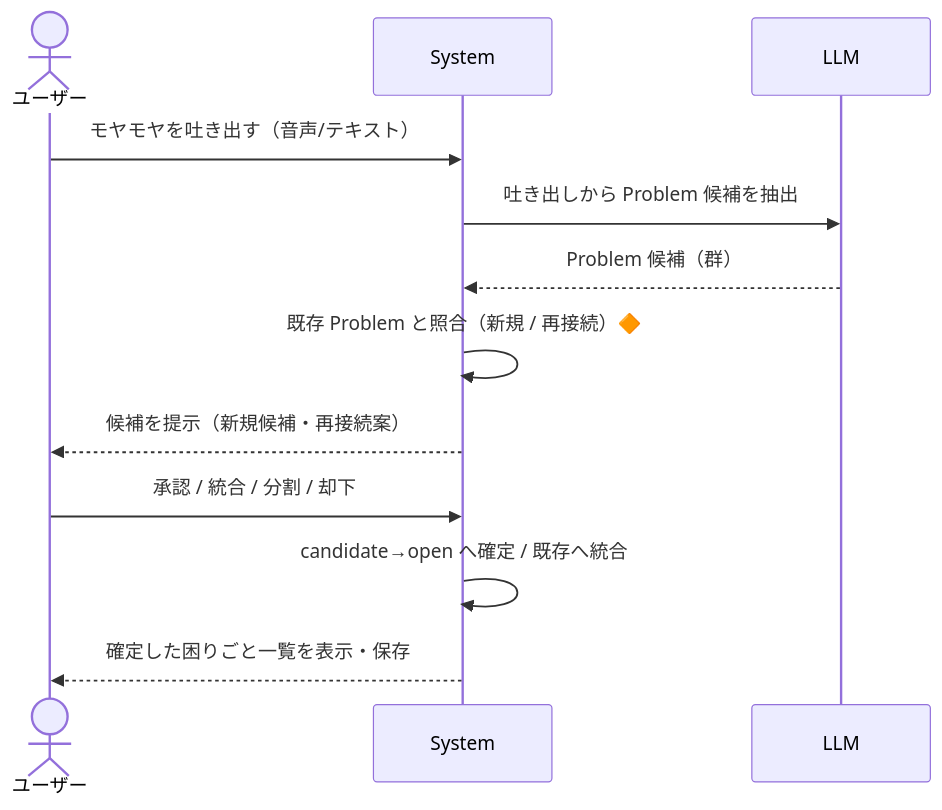
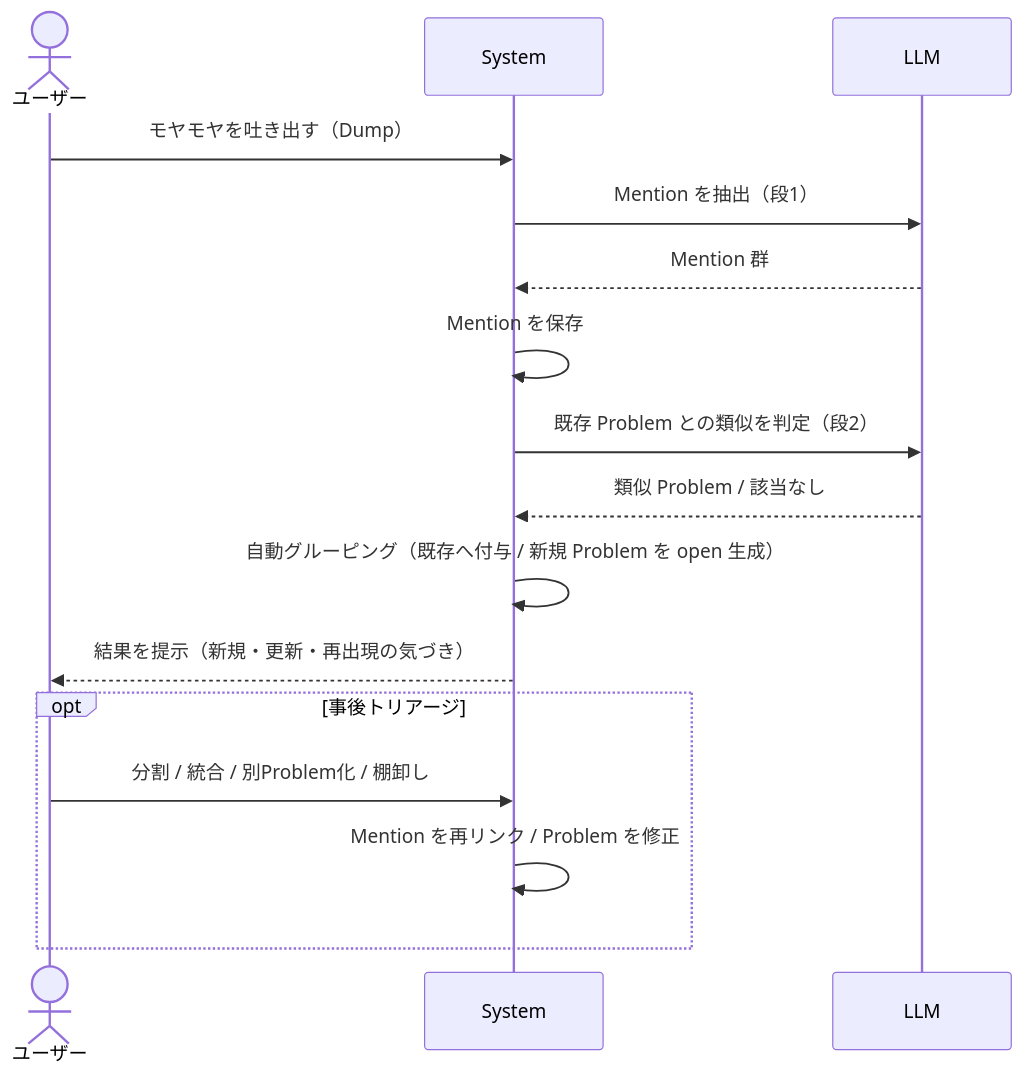
Before and after one commit to yomote/mind-inbox: the first of 5 diagrams in docs/design/use_cases.md, drawn with Mermaid. The commit also changed other lines of this file and 3 other files, not shown here.

````diff
--- a/docs/design/use_cases.md
+++ b/docs/design/use_cases.md
@@ -47,15 +45,19 @@
 ```mermaid
 sequenceDiagram
   actor U as ユーザー
   participant S as System
   participant LLM
 
-  U->>S: モヤモヤを吐き出す（音声/テキスト）
-  S->>LLM: 吐き出しから Problem 候補を抽出
-  LLM-->>S: Problem 候補（群）
-  S->>S: 既存 Problem と照合（新規 / 再接続）🔶
-  S-->>U: 候補を提示（新規候補・再接続案）
-  U->>S: 承認 / 統合 / 分割 / 却下
-  S->>S: candidate→open へ確定 / 既存へ統合
-  S-->>U: 確定した困りごと一覧を表示・保存
+  U->>S: モヤモヤを吐き出す（Dump）
+  S->>LLM: Mention を抽出（段1）
+  LLM-->>S: Mention 群
+  S->>S: Mention を保存
+  S->>LLM: 既存 Problem との類似を判定（段2）
+  LLM-->>S: 類似 Problem / 該当なし
+  S->>S: 自動グルーピング（既存へ付与 / 新規 Problem を open 生成）
+  S-->>U: 結果を提示（新規・更新・再出現の気づき）
+  opt 事後トリアージ
+    U->>S: 分割 / 統合 / 別Problem化 / 棚卸し
+    S->>S: Mention を再リンク / Problem を修正
+  end
 ```
````
